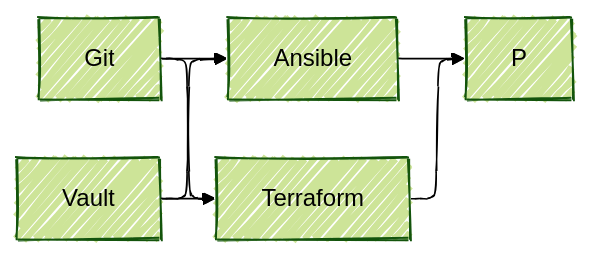
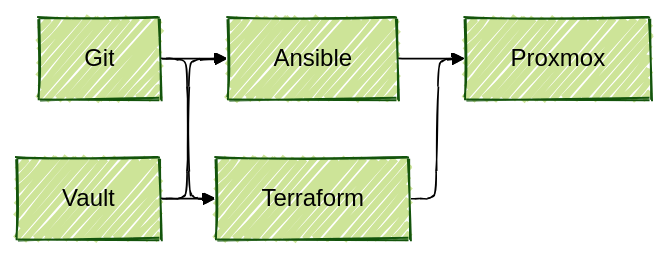
Before and after one commit to gitrsi/cyberops.zone: the diagram in doing/Private Cloud/README.md, drawn with Mermaid (forest theme). The commit also changed other lines of this file, not shown here.

````diff
--- a/doing/Private Cloud/README.md
+++ b/doing/Private Cloud/README.md
@@ -38,18 +8,18 @@
 ```mermaid
 ---
 config:
   layout: elk
   look: handDrawn
   elk:
     mergeEdges: true
     nodePlacementStrategy: LINEAR_SEGMENTS
 ---
 graph LR
     
   G[Git] --> A[Ansible]
   G --> T[Terraform]
   V[Vault] --> A
   V --> T
-  A --> P
+  A --> P[Proxmox]
   T --> P
 ```
````
